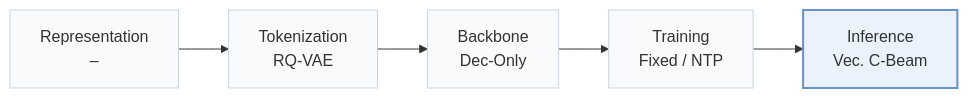
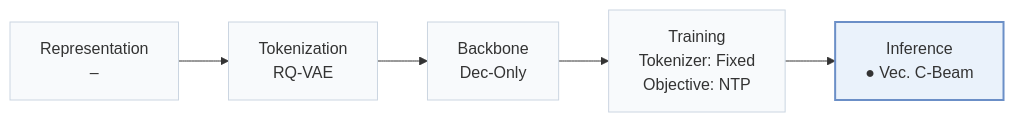
One commit to Galaxy-ghost/Awesome-SID-Generative-Rec changed the first of 2 diagrams in pages/papers/static.md. Above: the diagram before and after it, drawn with Mermaid. The commit also changed other lines of this file and 558 other files, not shown here.

````diff
--- a/pages/papers/static.md
+++ b/pages/papers/static.md
@@ -15,8 +19,8 @@
 ```mermaid
 flowchart LR
-    R["Representation<br/>–"] --> T["Tokenization<br/>RQ-VAE"] --> B["Backbone<br/>Dec-Only"] --> TR["Training<br/>Fixed / NTP"] --> I["Inference<br/>Vec. C-Beam"]
+    R["Representation<br/>–"] --> T["Tokenization<br/>RQ-VAE"] --> B["Backbone<br/>Dec-Only"] --> TR["Training<br/>Tokenizer: Fixed<br/>Objective: NTP"] --> I["Inference<br/>● Vec. C-Beam"]
     classDef base fill:#f8fafc,stroke:#cbd5e1
     class R,T,B,TR,I base
     classDef main fill:#eaf2fb,stroke:#6b8fc7,stroke-width:2px
     class I main
 ```
````
